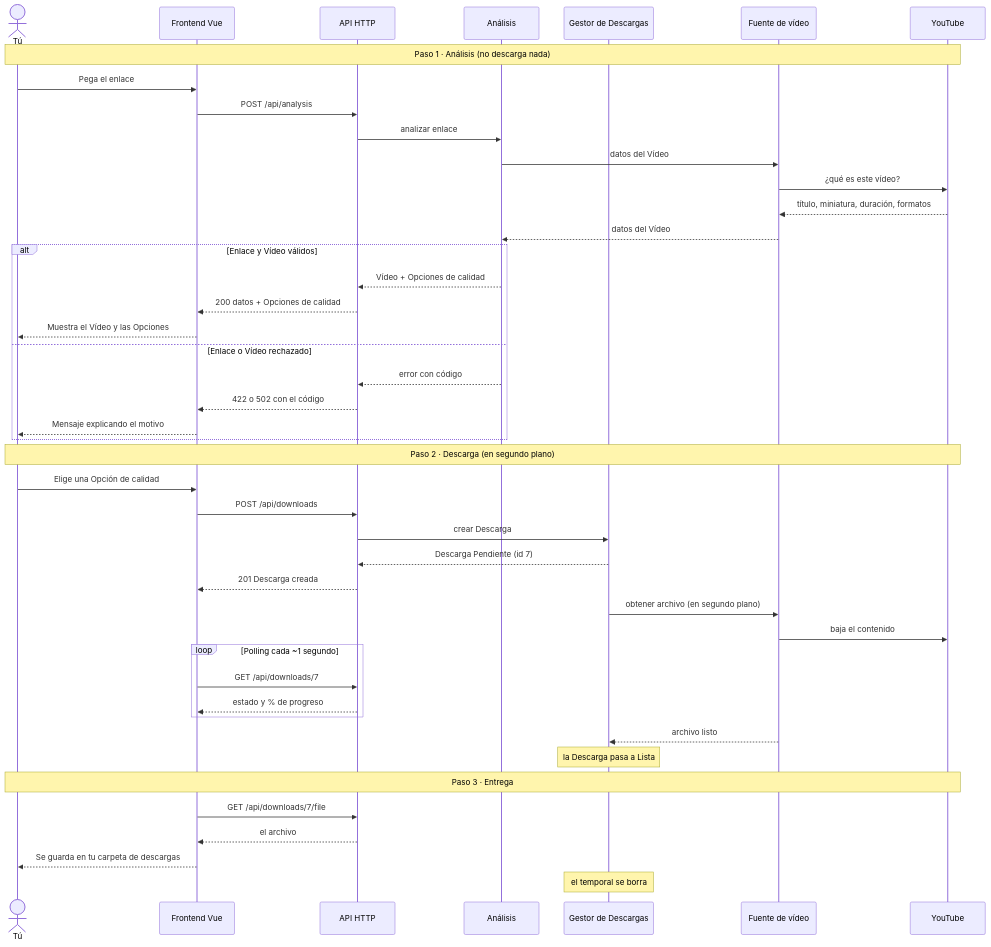
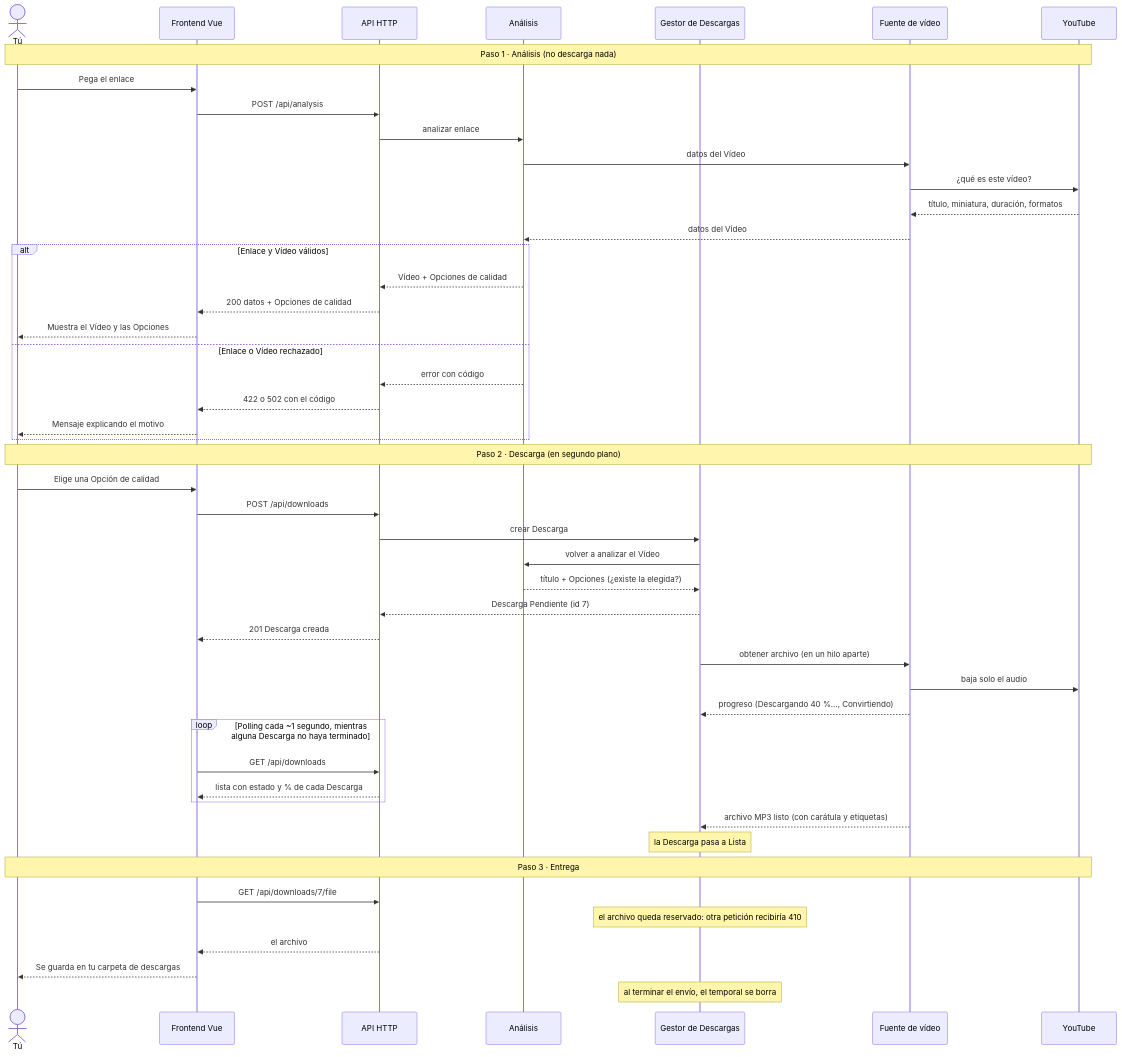
Before and after one commit to Kokon4/DonwloadYTLocalWeb: the second of 7 diagrams in docs/arquitectura.md, drawn with Mermaid. The commit also changed other lines of this file and 17 other files, not shown here.

````diff
--- a/docs/arquitectura.md
+++ b/docs/arquitectura.md
@@ -45,51 +45,55 @@
 ```mermaid
 sequenceDiagram
     actor U as Tú
     participant V as Frontend Vue
     participant A as API HTTP
     participant AN as Análisis
     participant G as Gestor de Descargas
     participant F as Fuente de vídeo
     participant Y as YouTube
 
     Note over U,Y: Paso 1 · Análisis (no descarga nada)
     U->>V: Pega el enlace
     V->>A: POST /api/analysis
     A->>AN: analizar enlace
     AN->>F: datos del Vídeo
     F->>Y: ¿qué es este vídeo?
     Y-->>F: título, miniatura, duración, formatos
     F-->>AN: datos del Vídeo
     alt Enlace y Vídeo válidos
         AN-->>A: Vídeo + Opciones de calidad
         A-->>V: 200 datos + Opciones de calidad
         V-->>U: Muestra el Vídeo y las Opciones
     else Enlace o Vídeo rechazado
         AN-->>A: error con código
         A-->>V: 422 o 502 con el código
         V-->>U: Mensaje explicando el motivo
     end
 
     Note over U,Y: Paso 2 · Descarga (en segundo plano)
     U->>V: Elige una Opción de calidad
     V->>A: POST /api/downloads
     A->>G: crear Descarga
+    G->>AN: volver a analizar el Vídeo
+    AN-->>G: título + Opciones (¿existe la elegida?)
     G-->>A: Descarga Pendiente (id 7)
     A-->>V: 201 Descarga creada
-    G->>F: obtener archivo (en segundo plano)
-    F->>Y: baja el contenido
+    G->>F: obtener archivo (en un hilo aparte)
+    F->>Y: baja solo el audio
+    F-->>G: progreso (Descargando 40 %…, Convirtiendo)
 
-    loop Polling cada ~1 segundo
-        V->>A: GET /api/downloads/7
-        A-->>V: estado y % de progreso
+    loop Polling cada ~1 segundo, mientras alguna Descarga no haya terminado
+        V->>A: GET /api/downloads
+        A-->>V: lista con estado y % de cada Descarga
     end
 
-    F-->>G: archivo listo
+    F-->>G: archivo MP3 listo (con carátula y etiquetas)
     Note over G: la Descarga pasa a Lista
 
     Note over U,Y: Paso 3 · Entrega
     V->>A: GET /api/downloads/7/file
+    Note over G: el archivo queda reservado: otra petición recibiría 410
     A-->>V: el archivo
     V-->>U: Se guarda en tu carpeta de descargas
-    Note over G: el temporal se borra
+    Note over G: al terminar el envío, el temporal se borra
 ```
````
